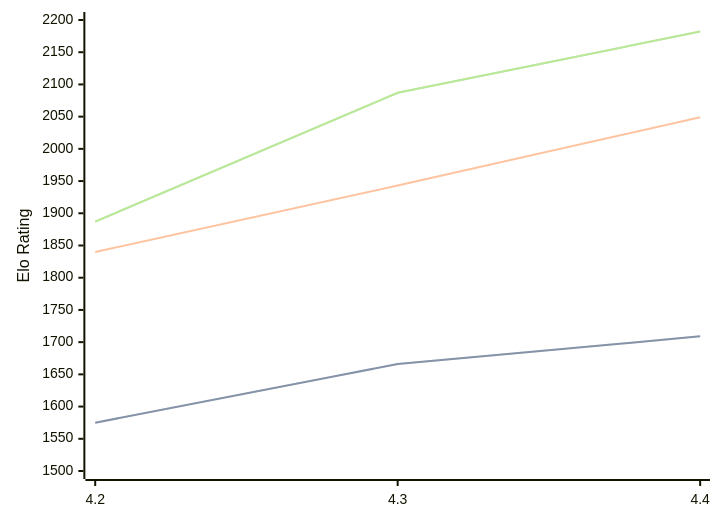
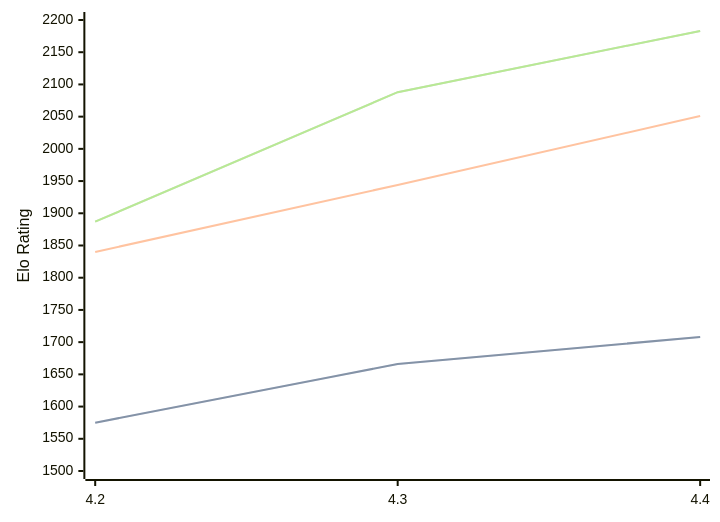
One commit to computer-chess-index/cci changed the third of 3 diagrams in engines/Radiance.md. Above: the diagram before and after it, drawn with Mermaid. The commit also changed other lines of this file, not shown here.

Commit message:
Update CCI Ratings (ELO VLTC) - 2026-06-30

````diff
--- a/engines/Radiance.md
+++ b/engines/Radiance.md
@@ -69,11 +69,11 @@
 ```mermaid
 %%{init: {"theme":"base","themeVariables":{"seriesColors:['#a3a3a3','#222221','#faa371']}}}%%
 xychart-beta
   x-axis ["4.2", "4.3", "4.4"]
   y-axis "Elo Rating" 1500 --> 2200
-  line "STC (8.0+0.08s)" [1575, 1666, 1709]
-  line "STC (8.0+0.08s)" [1575, 1666, 1709]
-  line "LTC (60.0+0.60s)" [1840, 1943, 2049]
-  line "VLTC (2m24s+1.12s)" [1887, 2087, 2182]
-  line "VLTC (2m24s+1.12s)" [1887, 2087, 2182]
+  line "STC (8.0+0.08s)" [1575, 1666, 1708]
+  line "STC (8.0+0.08s)" [1575, 1666, 1708]
+  line "LTC (60.0+0.60s)" [1840, 1944, 2051]
+  line "VLTC (2m24s+1.12s)" [1887, 2088, 2183]
+  line "VLTC (2m24s+1.12s)" [1887, 2088, 2183]
 ```
````
